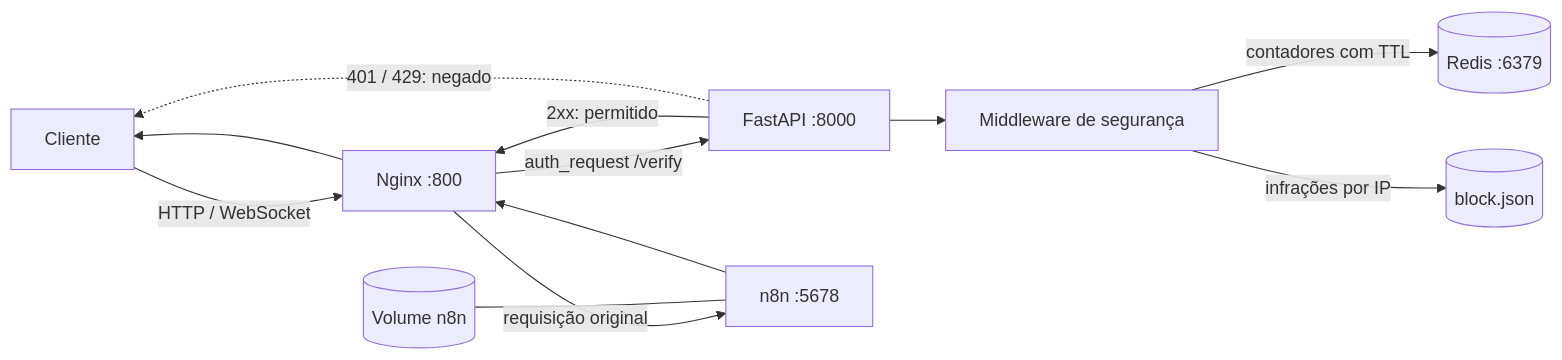
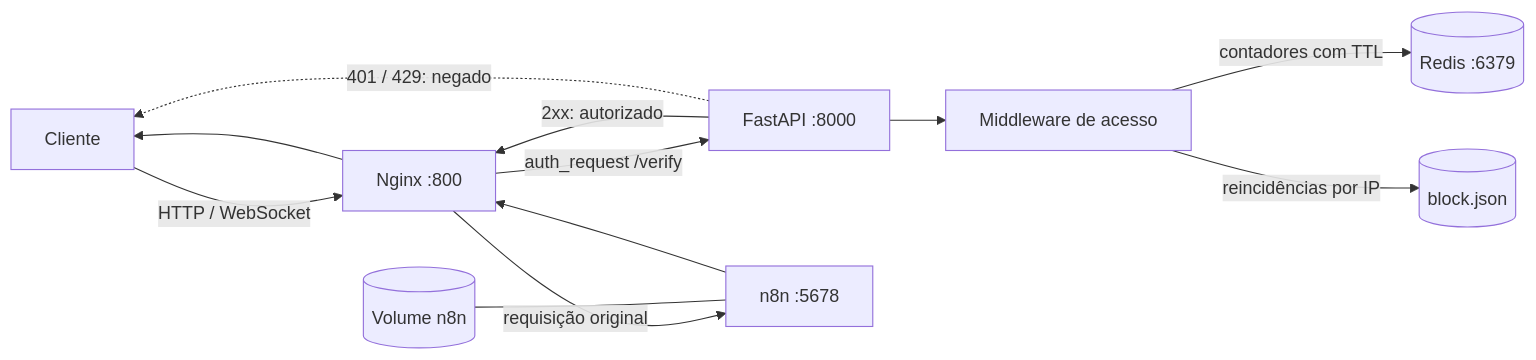
The diagram in README.md (BrayanDevZN/N8n_server), drawn with Mermaid before and after one commit. The commit also changed other lines of this file and 2 other files, not shown here.

Commit message:
fix: debug redis

````diff
--- a/README.md
+++ b/README.md
@@ -73,16 +42,16 @@
 ```mermaid
 flowchart LR
-    User[Cliente] -->|HTTP / WebSocket| Proxy[Nginx :800]
+    Client[Cliente] -->|HTTP / WebSocket| Nginx[Nginx :800]
 
-    Proxy -->|auth_request /verify| API[FastAPI :8000]
-    API --> Security[Middleware de segurança]
-    Security -->|contadores com TTL| Redis[(Redis :6379)]
-    Security -->|infrações por IP| Block[(block.json)]
+    Nginx -->|auth_request /verify| API[FastAPI :8000]
+    API --> Middleware[Middleware de acesso]
+    Middleware -->|contadores com TTL| Redis[(Redis :6379)]
+    Middleware -->|reincidências por IP| Block[(block.json)]
 
-    API -->|2xx: permitido| Proxy
-    API -.->|401 / 429: negado| User
-    Proxy -->|requisição original| N8N[n8n :5678]
-    N8N --> Proxy --> User
+    API -->|2xx: autorizado| Nginx
+    API -.->|401 / 429: negado| Client
+    Nginx -->|requisição original| N8N[n8n :5678]
+    N8N --> Nginx --> Client
 
     Volume[(Volume n8n)] --- N8N
 ```
````
